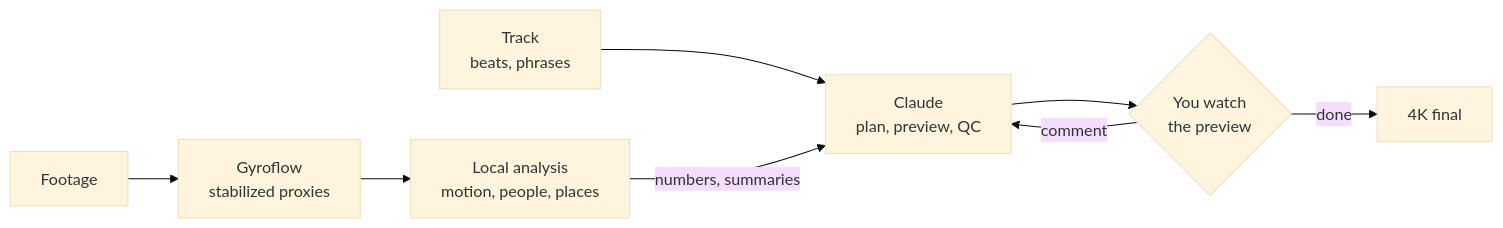
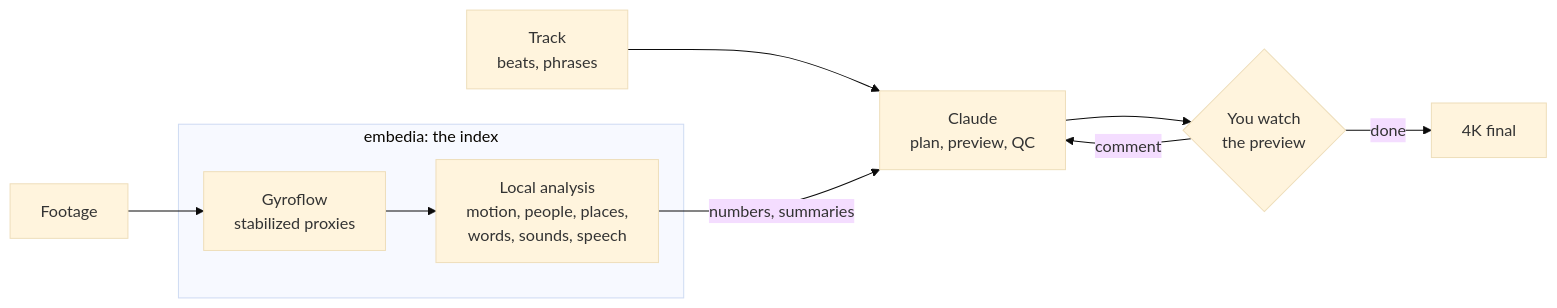
The diagram in README.md (parhipov/montAIge), drawn with Mermaid (base theme) before and after one commit. The commit also changed other lines of this file and 80 other files, not shown here.

````diff
--- a/README.md
+++ b/README.md
@@ -122,10 +122,12 @@
 ```mermaid
 flowchart LR
   F["Footage"] --> R["Gyroflow<br/>stabilized proxies"]
-  R --> P["Local analysis<br/>motion, people, places"]
+  subgraph I["embedia: the index"]
+    R --> P["Local analysis<br/>motion, people, places,<br/>words, sounds, speech"]
+  end
   M["Track<br/>beats, phrases"] --> E
   P -- "numbers, summaries" --> E["Claude<br/>plan, preview, QC"]
   E --> O{"You watch<br/>the preview"}
   O -- "comment" --> E
   O -- "done" --> X["4K final"]
 ```
````
